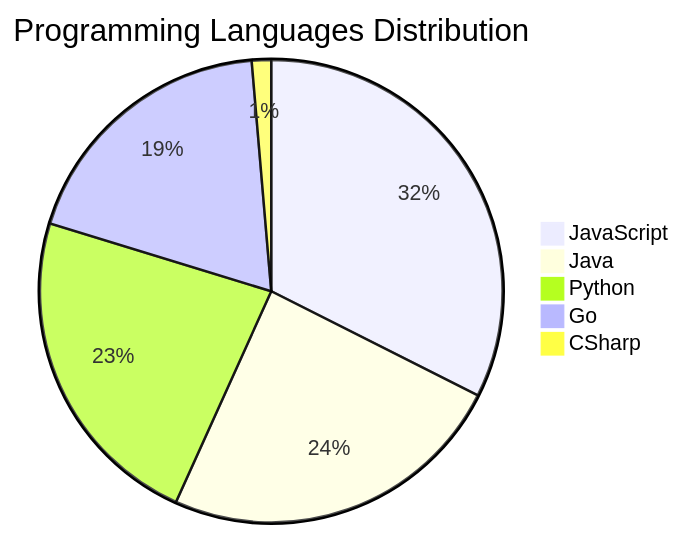
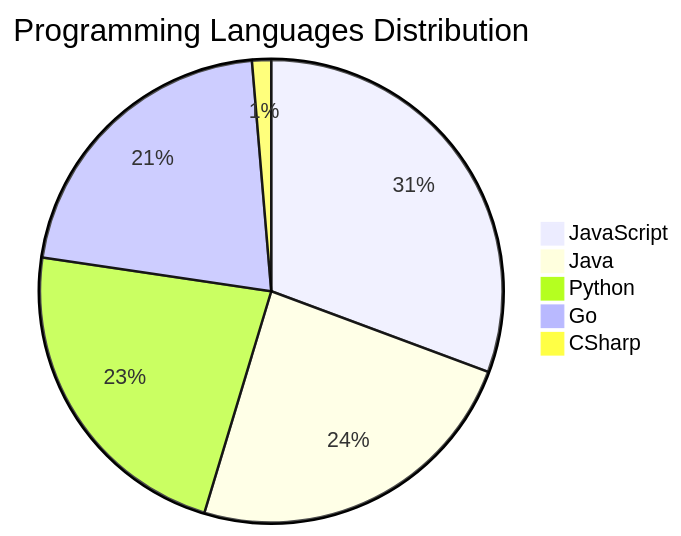
Before and after one commit to Derrick-MUGISHA/github-activity-bot: the diagram in README.md, drawn with Mermaid. The commit also changed other lines of this file and 3 other files, not shown here.

````diff
--- a/README.md
+++ b/README.md
@@ -71,8 +71,8 @@
 ```mermaid
 pie title Programming Languages Distribution
-    "JavaScript" : 24
+    "JavaScript" : 23
     "Java" : 18
     "Python" : 17
-    "Go" : 14
+    "Go" : 16
     "CSharp" : 1
 ```
````
